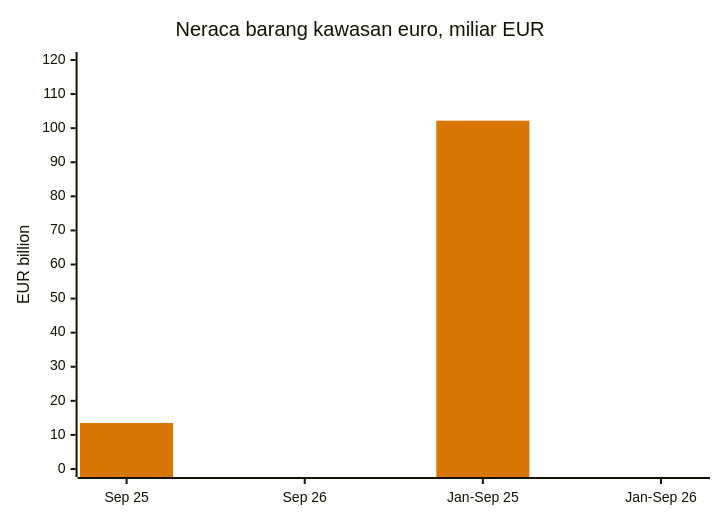
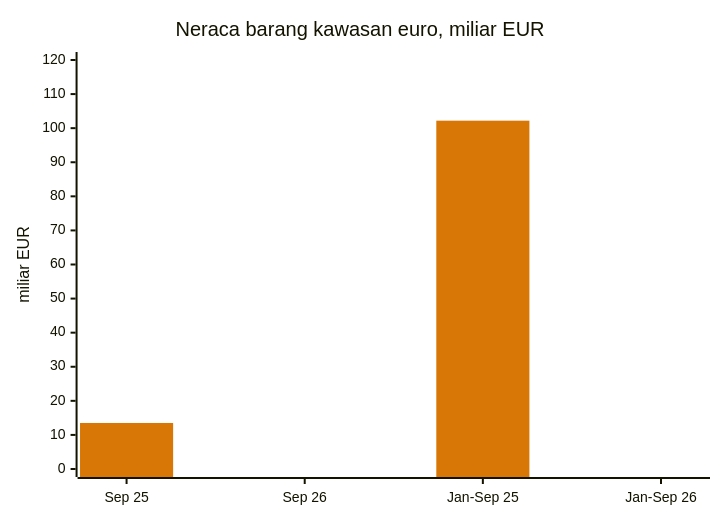
One commit to dureach/research changed the sixth of 13 diagrams in Global-Trade-Intelligence-weekly-2026-11-16/index.id.md. Above: the diagram before and after it, drawn with Mermaid. The commit also changed other lines of this file and 5 other files, not shown here.

````diff
--- a/Global-Trade-Intelligence-weekly-2026-11-16/index.id.md
+++ b/Global-Trade-Intelligence-weekly-2026-11-16/index.id.md
@@ -431,8 +431,8 @@
 ```mermaid
 %%{init: {'theme': 'base', 'themeVariables': {'xyChart': {'plotColorPalette': '#d97706'}}}}%%
 xychart-beta
     title "Neraca barang kawasan euro, miliar EUR"
     x-axis ["Sep 25", "Sep 26", "Jan-Sep 25", "Jan-Sep 26"]
-    y-axis "EUR billion" 0 --> 120
+    y-axis "miliar EUR" 0 --> 120
     bar [13.5, -10.3, 102.2, -36.5]
 ```
````
